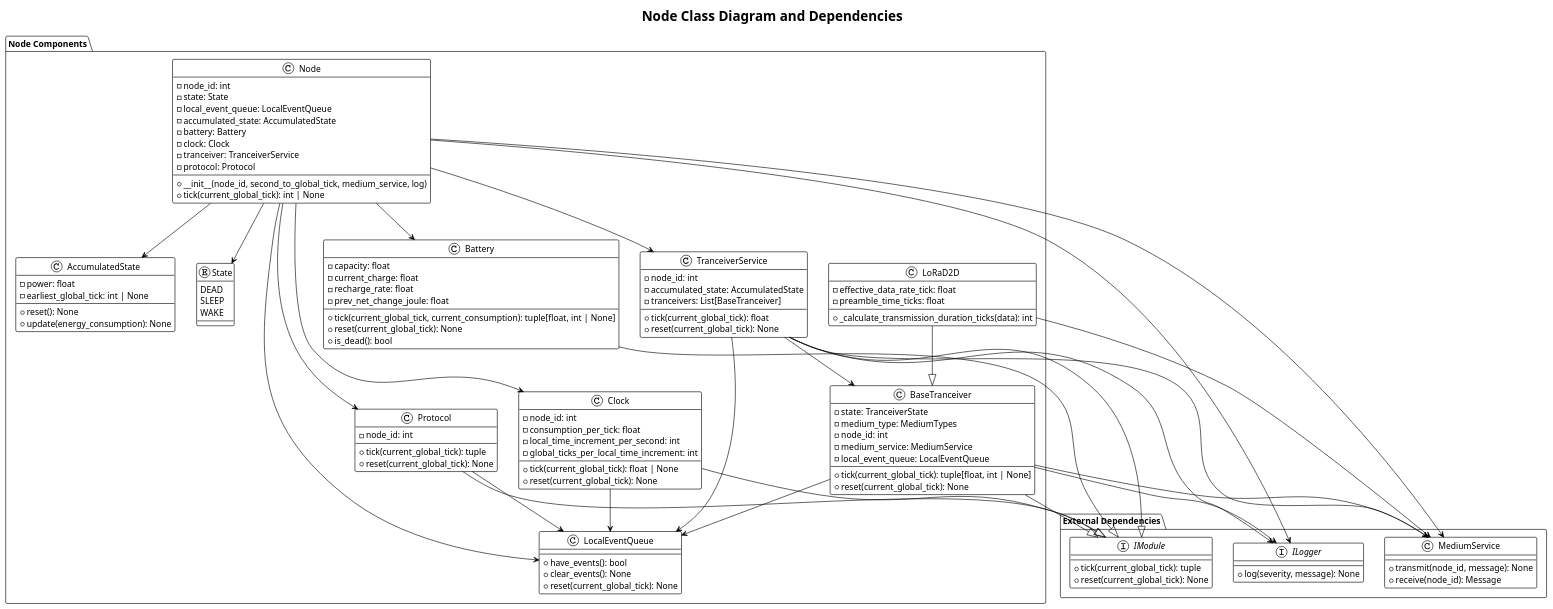
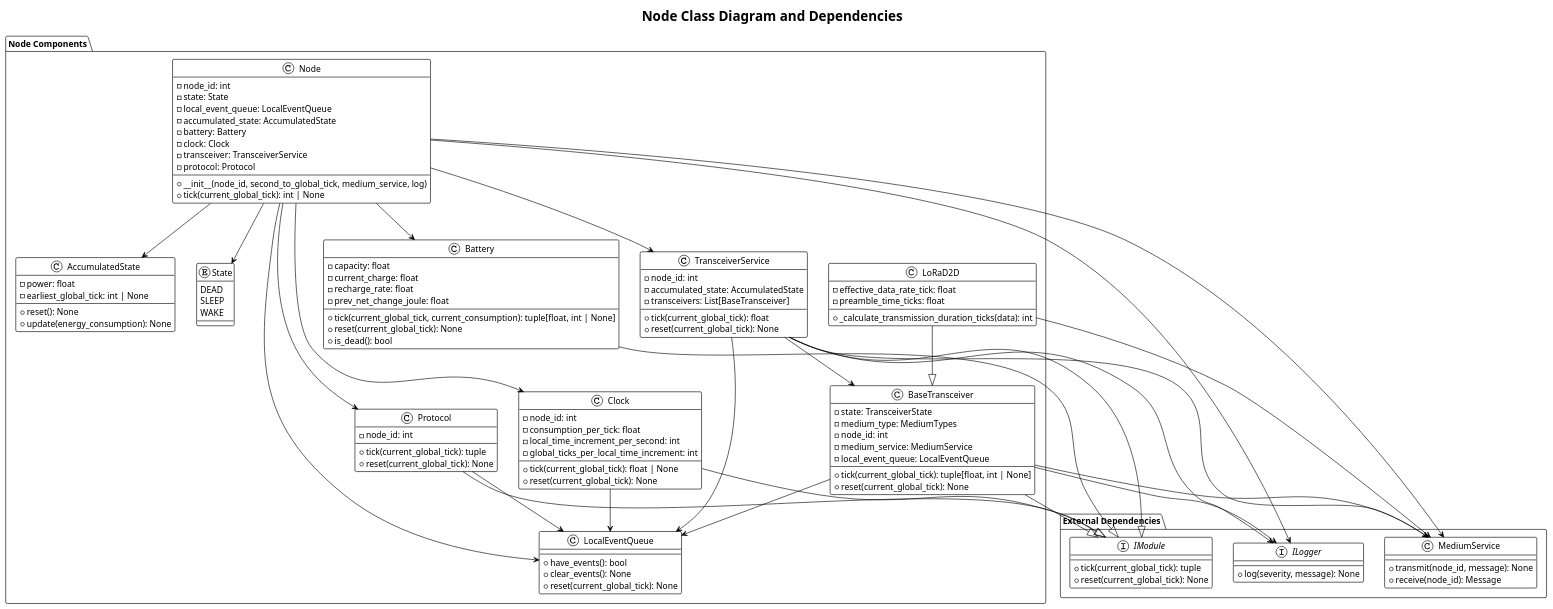
Before and after one commit to Mikkelnn/ES8-Project: the diagram in Figures/technicalAnalysis/simulator/node/node_class_diagram.puml, drawn with PlantUML. The commit also changed 16 other files, not shown here.

```diff
--- a/Figures/technicalAnalysis/simulator/node/node_class_diagram.puml
+++ b/Figures/technicalAnalysis/simulator/node/node_class_diagram.puml
@@ -1,145 +1,145 @@
 @startuml Node_Class_Diagram
 !theme plain
 title Node Class Diagram and Dependencies
 
 package "Node Components" {
     class Node {
         - node_id: int
         - state: State
         - local_event_queue: LocalEventQueue
         - accumulated_state: AccumulatedState
         - battery: Battery
         - clock: Clock
-        - tranceiver: TranceiverService
+        - transceiver: TransceiverService
         - protocol: Protocol
         --
         + __init__(node_id, second_to_global_tick, medium_service, log)
         + tick(current_global_tick): int | None
     }
 
     class Battery {
         - capacity: float
         - current_charge: float
         - recharge_rate: float
         - prev_net_change_joule: float
         --
         + tick(current_global_tick, current_consumption): tuple[float, int | None]
         + reset(current_global_tick): None
         + is_dead(): bool
     }
 
     class Clock {
         - node_id: int
         - consumption_per_tick: float
         - local_time_increment_per_second: int
         - global_ticks_per_local_time_increment: int
         --
         + tick(current_global_tick): float | None
         + reset(current_global_tick): None
     }
 
-    class TranceiverService {
+    class TransceiverService {
         - node_id: int
         - accumulated_state: AccumulatedState
-        - tranceivers: List[BaseTranceiver]
+        - transceivers: List[BaseTransceiver]
         --
         + tick(current_global_tick): float
         + reset(current_global_tick): None
     }
 
-    class BaseTranceiver {
-        - state: TranceiverState
+    class BaseTransceiver {
+        - state: TransceiverState
         - medium_type: MediumTypes
         - node_id: int
         - medium_service: MediumService
         - local_event_queue: LocalEventQueue
         --
         + tick(current_global_tick): tuple[float, int | None]
         + reset(current_global_tick): None
     }
 
     class LoRaD2D {
         - effective_data_rate_tick: float
         - preamble_time_ticks: float
         --
         + _calculate_transmission_duration_ticks(data): int
     }
 
     class Protocol {
         - node_id: int
         --
         + tick(current_global_tick): tuple
         + reset(current_global_tick): None
     }
 
     class LocalEventQueue {
         --
         + have_events(): bool
         + clear_events(): None
         + reset(current_global_tick): None
     }
 
     class AccumulatedState {
         - power: float
         - earliest_global_tick: int | None
         --
         + reset(): None
         + update(energy_consumption): None
     }
 
     enum State {
         DEAD
         SLEEP
         WAKE
     }
 }
 
 package "External Dependencies" {
     interface IModule {
         + tick(current_global_tick): tuple
         + reset(current_global_tick): None
     }
 
     class MediumService {
         + transmit(node_id, message): None
         + receive(node_id): Message
     }
 
     interface ILogger {
         + log(severity, message): None
     }
 }
 
 ' Relationships
 Node --> Battery
 Node --> Clock
-Node --> TranceiverService
+Node --> TransceiverService
 Node --> Protocol
 Node --> LocalEventQueue
 Node --> AccumulatedState
 Node --> State
 Node --> MediumService
 Node --> ILogger
 
 Battery --|> IModule
 Clock --|> IModule
-TranceiverService --|> IModule
-BaseTranceiver --|> IModule
+TransceiverService --|> IModule
+BaseTransceiver --|> IModule
 Protocol --|> IModule
 
-LoRaD2D --|> BaseTranceiver
+LoRaD2D --|> BaseTransceiver
 
-TranceiverService --> BaseTranceiver
+TransceiverService --> BaseTransceiver
 LoRaD2D --> MediumService
-BaseTranceiver --> MediumService
-BaseTranceiver --> LocalEventQueue
-BaseTranceiver --> ILogger
+BaseTransceiver --> MediumService
+BaseTransceiver --> LocalEventQueue
+BaseTransceiver --> ILogger
 
-TranceiverService --> LocalEventQueue
+TransceiverService --> LocalEventQueue
 Clock --> LocalEventQueue
 Protocol --> LocalEventQueue
 
-TranceiverService --> MediumService
-TranceiverService --> ILogger
+TransceiverService --> MediumService
+TransceiverService --> ILogger
 
 @enduml
```
